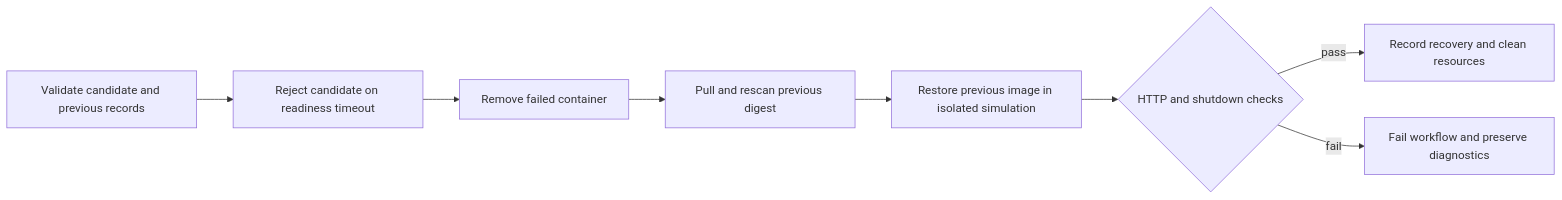
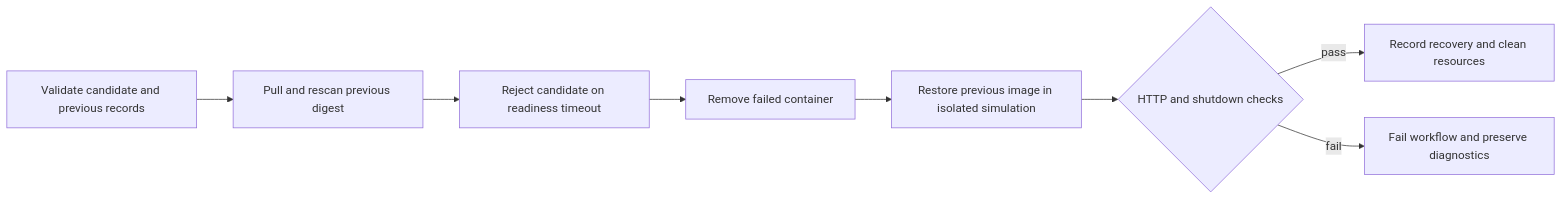
The diagram in docs/rollback.md (gig0d/enterprise-cicd-pipeline), drawn with Mermaid before and after one commit. The commit also changed 12 other files, not shown here.

Commit message:
docs: document architecture runbooks and verified delivery evidence

````diff
--- a/docs/rollback.md
+++ b/docs/rollback.md
@@ -17,10 +17,10 @@
 ```mermaid
 flowchart LR
-  A[Validate candidate and previous records] --> B[Reject candidate on readiness timeout]
+  A[Validate candidate and previous records] --> D[Pull and rescan previous digest]
+  D --> B[Reject candidate on readiness timeout]
   B --> C[Remove failed container]
-  C --> D[Pull and rescan previous digest]
-  D --> E[Restore previous image in isolated simulation]
+  C --> E[Restore previous image in isolated simulation]
   E --> F{HTTP and shutdown checks}
   F -->|pass| G[Record recovery and clean resources]
   F -->|fail| H[Fail workflow and preserve diagnostics]
 ```
````
